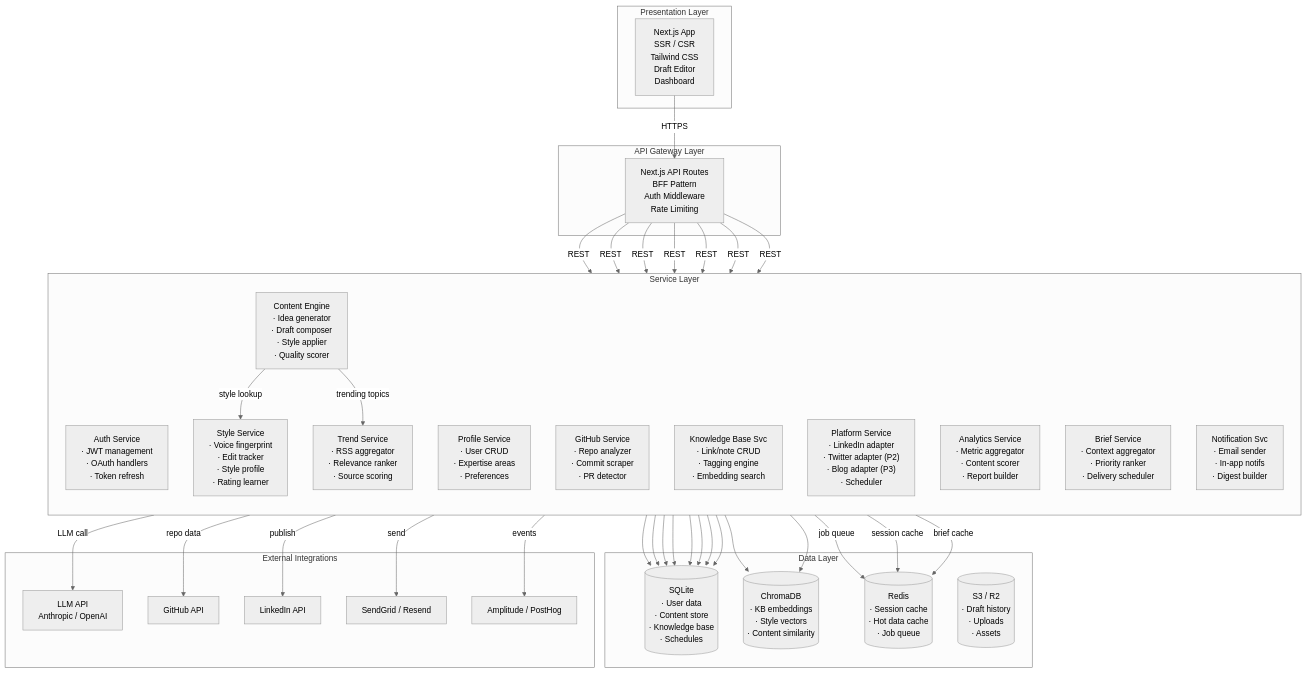
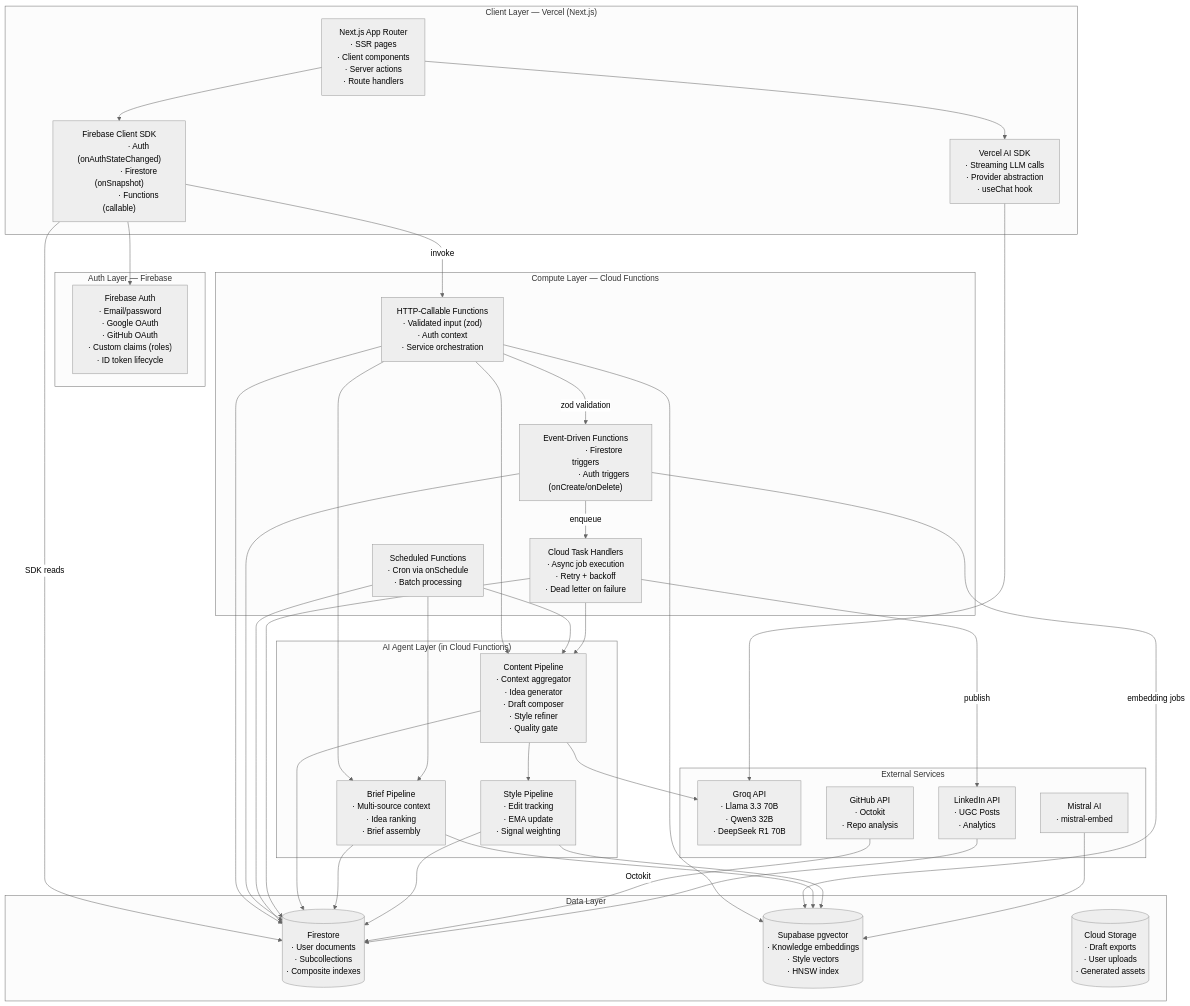
One commit to Blacksujit/AI-Brand-OS changed the fourth of 13 diagrams in docs/02_SYSTEM_ARCHITECTURE.md. Above: the diagram before and after it, drawn with Mermaid (neutral theme). The commit also changed other lines of this file and 50 other files, not shown here.

First line of the commit message:
docs: rewrite architecture docs for Firebase/TypeScript stack

````diff
--- a/docs/02_SYSTEM_ARCHITECTURE.md
+++ b/docs/02_SYSTEM_ARCHITECTURE.md
@@ -165,131 +274,130 @@
 ```mermaid
 flowchart TB
-  subgraph Presentation["Presentation Layer"]
-    NEXT["Next.js App
-        SSR / CSR
-        Tailwind CSS
-        Draft Editor
-        Dashboard"]
+  subgraph Client["Client Layer — Vercel (Next.js)"]
+    NEXT["Next.js App Router
+         · SSR pages
+         · Client components
+         · Server actions
+         · Route handlers"]
+    FIREBASE_CLI["Firebase Client SDK
+                  · Auth (onAuthStateChanged)
+                  · Firestore (onSnapshot)
+                  · Functions (callable)"]
+    AI_SDK["Vercel AI SDK
+            · Streaming LLM calls
+            · Provider abstraction
+            · useChat hook"]
   end
 
-  subgraph API["API Gateway Layer"]
-    BFF["Next.js API Routes
-        BFF Pattern
-        Auth Middleware
-        Rate Limiting"]
+  subgraph Auth["Auth Layer — Firebase"]
+    FIREBASE_AUTH["Firebase Auth
+                   · Email/password
+                   · Google OAuth
+                   · GitHub OAuth
+                   · Custom claims (roles)
+                   · ID token lifecycle"]
   end
 
-  subgraph Services["Service Layer"]
-    direction TB
-    AUTH["Auth Service
-        · JWT management
-        · OAuth handlers
-        · Token refresh"]
-    PROFILE["Profile Service
-        · User CRUD
-        · Expertise areas
-        · Preferences"]
-    GITHUB["GitHub Service
-        · Repo analyzer
-        · Commit scraper
-        · PR detector"]
-    KB["Knowledge Base Svc
-        · Link/note CRUD
-        · Tagging engine
-        · Embedding search"]
-    TREND["Trend Service
-        · RSS aggregator
-        · Relevance ranker
-        · Source scoring"]
-    CONTENT["Content Engine
-        · Idea generator
-        · Draft composer
-        · Style applier
-        · Quality scorer"]
-    STYLE["Style Service
-        · Voice fingerprint
-        · Edit tracker
-        · Style profile
-        · Rating learner"]
-    PLATFORM["Platform Service
-        · LinkedIn adapter
-        · Twitter adapter (P2)
-        · Blog adapter (P3)
-        · Scheduler"]
-    ANALYTICS["Analytics Service
-        · Metric aggregator
-        · Content scorer
-        · Report builder"]
-    BRIEF["Brief Service
-        · Context aggregator
-        · Priority ranker
-        · Delivery scheduler"]
-    NOTIF["Notification Svc
-        · Email sender
-        · In-app notifs
-        · Digest builder"]
+  subgraph Compute["Compute Layer — Cloud Functions"]
+    HTTP_FNS["HTTP-Callable Functions
+              · Validated input (zod)
+              · Auth context
+              · Service orchestration"]
+    TRIGGER_FNS["Event-Driven Functions
+                 · Firestore triggers
+                 · Auth triggers (onCreate/onDelete)"]
+    SCHED_FNS["Scheduled Functions
+               · Cron via onSchedule
+               · Batch processing"]
+    TASK_FNS["Cloud Task Handlers
+              · Async job execution
+              · Retry + backoff
+              · Dead letter on failure"]
+  end
+
+  subgraph AI["AI Agent Layer (in Cloud Functions)"]
+    CONTENT_PIPELINE["Content Pipeline
+                      · Context aggregator
+                      · Idea generator
+                      · Draft composer
+                      · Style refiner
+                      · Quality gate"]
+    BRIEF_PIPELINE["Brief Pipeline
+                    · Multi-source context
+                    · Idea ranking
+                    · Brief assembly"]
+    STYLE_PIPELINE["Style Pipeline
+                    · Edit tracking
+                    · EMA update
+                    · Signal weighting"]
   end
 
   subgraph Data["Data Layer"]
-    SQLITE[("SQLite
-        · User data
-        · Content store
-        · Knowledge base
-        · Schedules")]
-    CHROMA[("ChromaDB
-        · KB embeddings
-        · Style vectors
-        · Content similarity")]
-    REDIS[("Redis
-        · Session cache
-        · Hot data cache
-        · Job queue")]
-    S3[("S3 / R2
-        · Draft history
-        · Uploads
-        · Assets")]
+    FIRESTORE[("Firestore
+                · User documents
+                · Subcollections
+                · Composite indexes")]
+    PGVECTOR[("Supabase pgvector
+               · Knowledge embeddings
+               · Style vectors
+               · HNSW index")]
+    STORAGE[("Cloud Storage
+              · Draft exports
+              · User uploads
+              · Generated assets")]
   end
 
-  subgraph External["External Integrations"]
-    LLM["LLM API
-        Anthropic / OpenAI"]
-    GH_API["GitHub API"]
-    LI_API["LinkedIn API"]
-    EMAIL_API["SendGrid / Resend"]
-    ANALYTICS_PLATFORM["Amplitude / PostHog"]
+  subgraph External["External Services"]
+    GROQ["Groq API
+          · Llama 3.3 70B
+          · Qwen3 32B
+          · DeepSeek R1 70B"]
+    MISTRAL["Mistral AI
+             · mistral-embed"]
+    GITHUB["GitHub API
+            · Octokit
+            · Repo analysis"]
+    LINKEDIN["LinkedIn API
+              · UGC Posts
+              · Analytics"]
   end
 
-  NEXT -->|"HTTPS"| BFF
-  BFF -->|"REST"| AUTH
-  BFF -->|"REST"| PROFILE
-  BFF -->|"REST"| KB
-  BFF -->|"REST"| CONTENT
-  BFF -->|"REST"| PLATFORM
-  BFF -->|"REST"| ANALYTICS
-  BFF -->|"REST"| BRIEF
+  NEXT --> FIREBASE_CLI
+  NEXT --> AI_SDK
+  FIREBASE_CLI --> FIREBASE_AUTH
+  FIREBASE_CLI -->|SDK reads| FIRESTORE
+  FIREBASE_CLI -->|invoke| HTTP_FNS
 
-  CONTENT -->|"style lookup"| STYLE
-  CONTENT -->|"trending topics"| TREND
-  CONTENT -->|"LLM call"| LLM
+  HTTP_FNS -->|zod validation| TRIGGER_FNS
+  HTTP_FNS --> CONTENT_PIPELINE
+  HTTP_FNS --> BRIEF_PIPELINE
+  HTTP_FNS --> FIRESTORE
+  HTTP_FNS --> PGVECTOR
 
-  GITHUB -->|"repo data"| GH_API
-  PLATFORM -->|"publish"| LI_API
+  TRIGGER_FNS --> FIRESTORE
+  TRIGGER_FNS -->|embedding jobs| PGVECTOR
+  TRIGGER_FNS -->|enqueue| TASK_FNS
 
-  AUTH --> SQLITE
-  PROFILE --> SQLITE
-  GITHUB --> SQLITE
-  KB --> SQLITE
-  KB --> CHROMA
-  CONTENT --> SQLITE
-  STYLE --> SQLITE
-  STYLE --> CHROMA
-  PLATFORM --> SQLITE
-  ANALYTICS --> SQLITE
+  SCHED_FNS --> BRIEF_PIPELINE
+  SCHED_FNS --> CONTENT_PIPELINE
+  SCHED_FNS --> FIRESTORE
 
-  CONTENT -->|"job queue"| REDIS
-  AUTH -->|"session cache"| REDIS
-  BRIEF -->|"brief cache"| REDIS
+  TASK_FNS --> CONTENT_PIPELINE
+  TASK_FNS -->|publish| LINKEDIN
+  TASK_FNS --> FIRESTORE
 
-  NOTIF -->|"send"| EMAIL_API
-  ANALYTICS -->|"events"| ANALYTICS_PLATFORM
+  AI_SDK --> GROQ
+  CONTENT_PIPELINE --> GROQ
+  CONTENT_PIPELINE --> FIRESTORE
+  CONTENT_PIPELINE --> STYLE_PIPELINE
+
+  BRIEF_PIPELINE --> FIRESTORE
+  BRIEF_PIPELINE --> PGVECTOR
+
+  STYLE_PIPELINE --> FIRESTORE
+  STYLE_PIPELINE --> PGVECTOR
+
+  GITHUB -->|Octokit| FIRESTORE
+  LINKEDIN --> FIRESTORE
+  MISTRAL --> PGVECTOR
 ```
````
